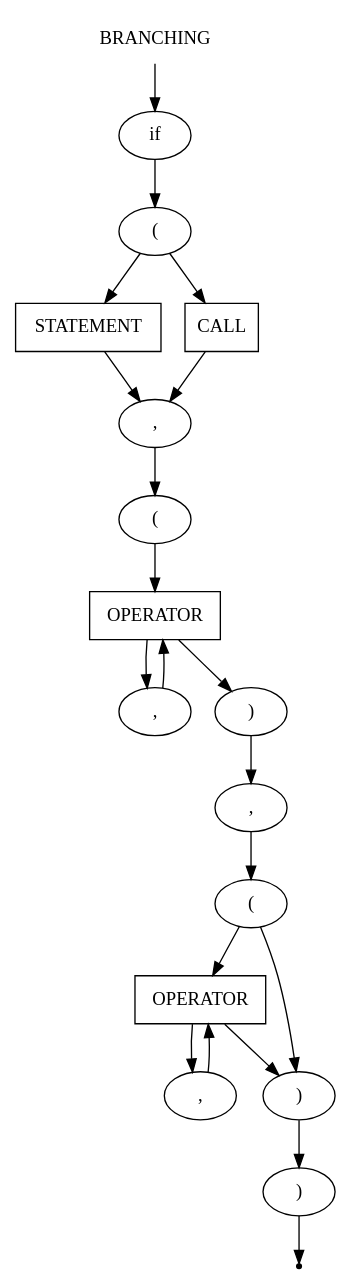
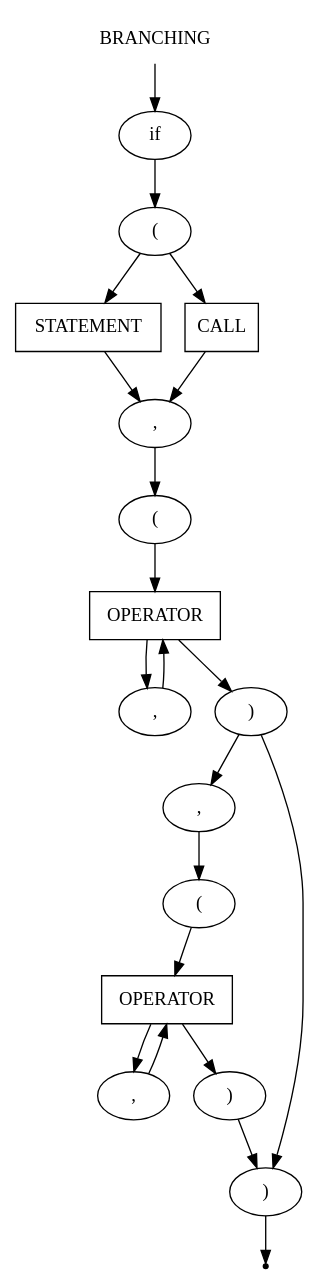
The diagram in src/PSADParser/grammar/branching.gv (IMZolin/PSAD), drawn with Graphviz before and after one commit. The commit also changed 17 other files, not shown here.

```diff
--- a/src/PSADParser/grammar/branching.gv
+++ b/src/PSADParser/grammar/branching.gv
@@ -1,40 +1,40 @@
 digraph BRANCHING{
     start [label=BRANCHING shape=plaintext]
     if [label=if shape=oval]
     statement [label=STATEMENT shape=box]
     call [label=CALL shape=box]
     oper_true [label=OPERATOR shape=box]
     oper_else [label=OPERATOR shape=box]
     open [label="(" shape=oval]
     open_1 [label="(" shape=oval]
     open_2 [label="(" shape=oval]
     comma_true_1 [label="," shape=oval]
     comma_true_2 [label="," shape=oval]
     comma_else_1 [label="," shape=oval]
     comma_else_2 [label="," shape=oval]
     close [label=")" shape=oval]
     close_1 [label=")" shape=oval]
     close_2 [label=")" shape=oval]
     end [label="" shape=point]
 
     start -> if
     if -> open
     open -> statement
     open -> call
     statement -> comma_true_1
     call -> comma_true_1
     comma_true_1 -> open_1
     open_1 -> oper_true
     oper_true -> comma_true_2
     comma_true_2 -> oper_true
     oper_true -> close_1
+    close_1 -> close
     close_1 -> comma_else_1
     comma_else_1 -> open_2
     open_2 -> oper_else
-    open_2 -> close_2
     oper_else -> comma_else_2
     comma_else_2 -> oper_else
     oper_else -> close_2
     close_2 -> close
     close -> end
 }
```
